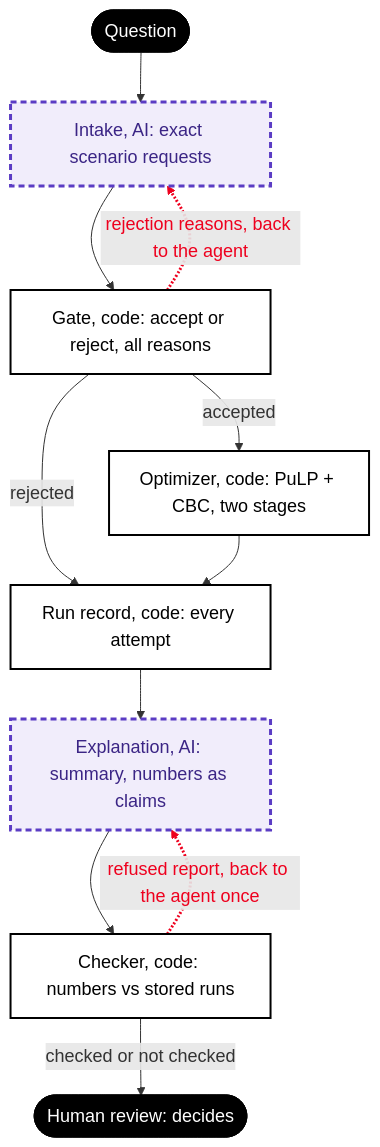
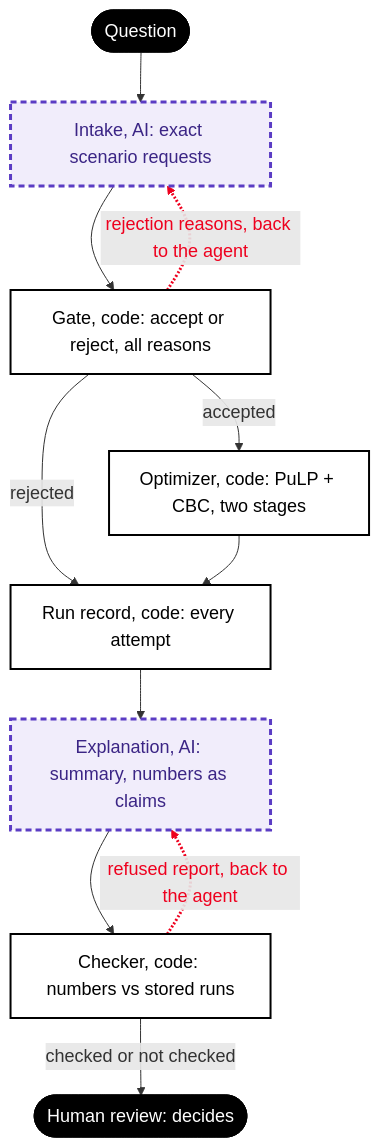
The diagram in README.md (ChuLion/happy_toad), drawn with Mermaid before and after one commit. The commit also changed other lines of this file and 10 other files, not shown here.

First line of the commit message:
"Once" only where it is true: diagram labels drop it; the correction line names each refusal

````diff
--- a/README.md
+++ b/README.md
@@ -19,21 +19,21 @@
 ```mermaid
 %%{init: {"themeVariables": {"fontSize": "18px"}}}%%
 flowchart TD
     Q([Question]) --> I[Intake, AI: exact scenario requests]
     I --> G[Gate, code: accept or reject, all reasons]
     G -->|accepted| O[Optimizer, code: PuLP + CBC, two stages]
     G -->|rejected| R
     O --> R[Run record, code: every attempt]
     G -. rejection reasons, back to the agent .-> I
     R --> E[Explanation, AI: summary, numbers as claims]
     E --> C[Checker, code: numbers vs stored runs]
-    C -. refused report, back to the agent once .-> E
+    C -. refused report, back to the agent .-> E
     C -->|checked or not checked| H([Human review: decides])
     classDef ai fill:#f1edfb,stroke:#5b3cc4,stroke-width:3px,stroke-dasharray:6 4,color:#3b2585
     classDef code fill:#ffffff,stroke:#000000,stroke-width:2px,color:#000000
     classDef person fill:#000000,stroke:#000000,color:#ffffff
     class I,E ai
     class G,O,R,C code
     class Q,H person
     linkStyle 5,8 stroke:#ee001e,stroke-width:3px,color:#ee001e
 ```
````
